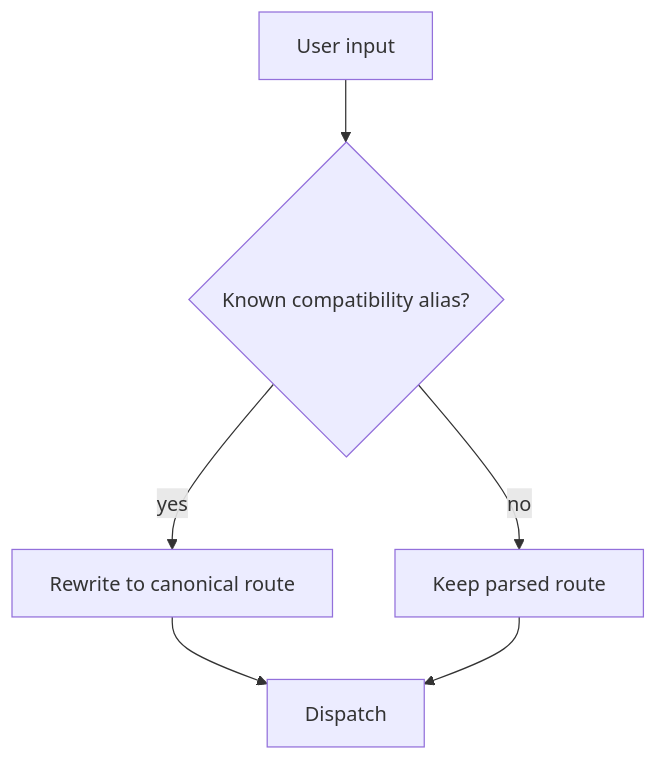
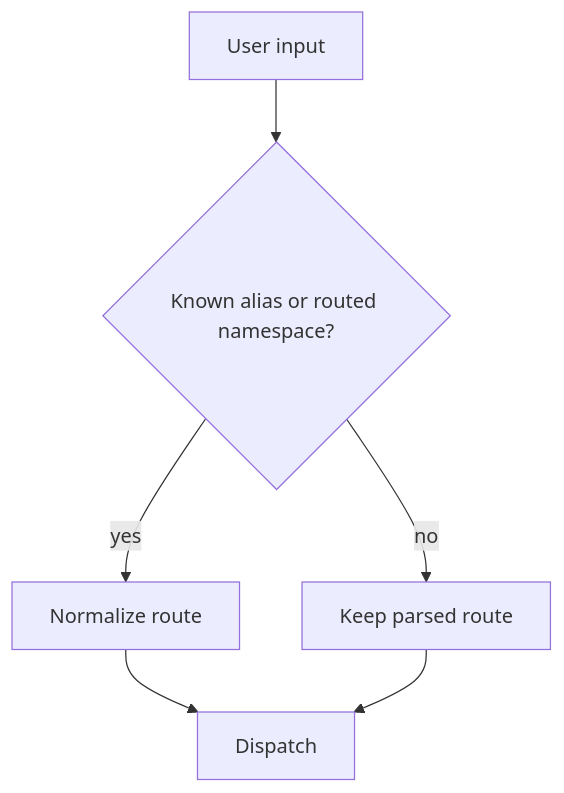
The third of 4 diagrams in docs/04-architecture/routing-and-surfaces.md (bijux/bijux-cli), drawn with Mermaid before and after one commit. The commit also changed other lines of this file and 7 other files, not shown here.

````diff
--- a/docs/04-architecture/routing-and-surfaces.md
+++ b/docs/04-architecture/routing-and-surfaces.md
@@ -59,8 +73,8 @@
 ```mermaid
 flowchart TD
-    A[User input] --> B{Known compatibility alias?}
-    B -->|yes| C[Rewrite to canonical route]
+    A[User input] --> B{Known alias or routed namespace?}
+    B -->|yes| C[Normalize route]
     B -->|no| D[Keep parsed route]
     C --> E[Dispatch]
     D --> E
 ```
````
